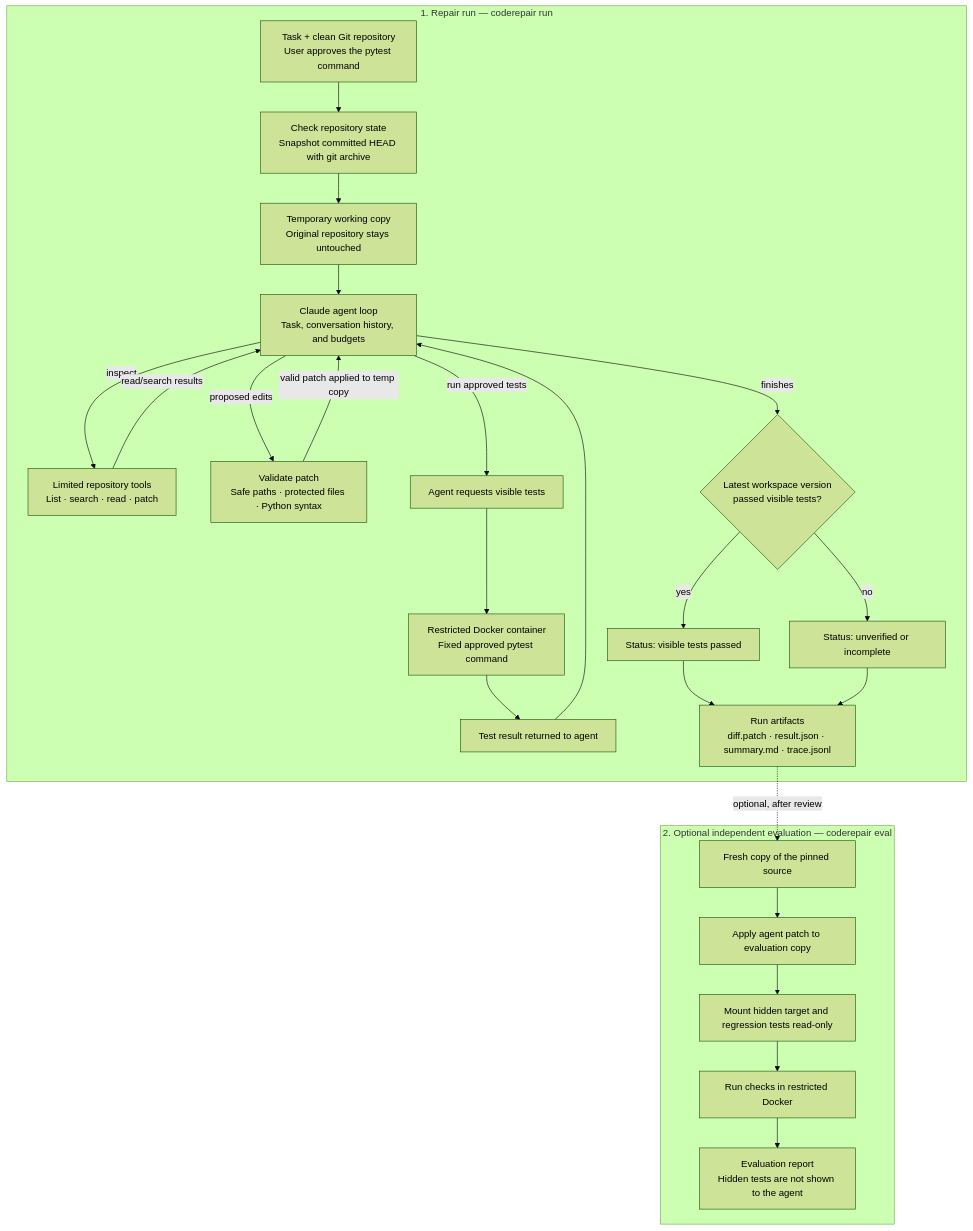
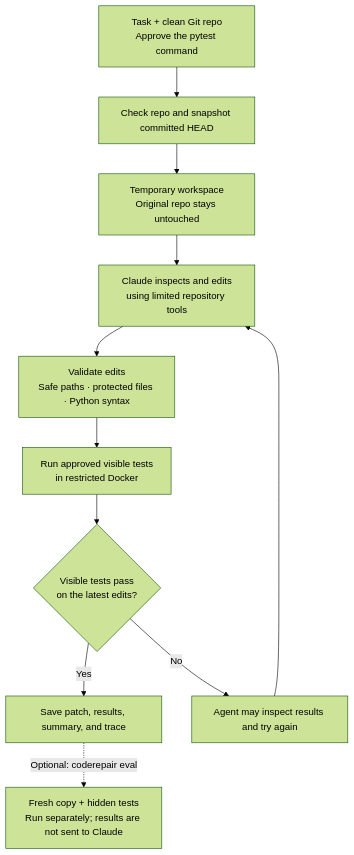
The diagram in README.md (androodo/CodeRepair), drawn with Mermaid (forest theme) before and after one commit.

Commit message:
docs: make architecture diagram more compact

````diff
--- a/README.md
+++ b/README.md
@@ -20,40 +20,15 @@
 ```mermaid
-flowchart TD
-    subgraph RUN["1. Repair run — coderepair run"]
-        INPUT["Task + clean Git repository<br/>User approves the pytest command"]
-        SNAPSHOT["Check repository state<br/>Snapshot committed HEAD with git archive"]
-        COPY["Temporary working copy<br/>Original repository stays untouched"]
-        AGENT["Claude agent loop<br/>Task, conversation history, and budgets"]
-        TOOLS["Limited repository tools<br/>List · search · read · patch"]
-        PATCHCHECK["Validate patch<br/>Safe paths · protected files · Python syntax"]
-        TESTREQ["Agent requests visible tests"]
-        DOCKER["Restricted Docker container<br/>Fixed approved pytest command"]
-        RESULT["Test result returned to agent"]
-        ARTIFACTS["Run artifacts<br/>diff.patch · result.json · summary.md · trace.jsonl"]
-        DONE{"Latest workspace version<br/>passed visible tests?"}
-        STATUS["Status: visible tests passed"]
-        UNVERIFIED["Status: unverified or incomplete"]
+flowchart TB
+    A["Task + clean Git repo<br/>Approve the pytest command"] -->
+    B["Check repo and snapshot committed HEAD"] -->
+    C["Temporary workspace<br/>Original repo stays untouched"] -->
+    D["Claude inspects and edits<br/>using limited repository tools"] -->
+    E["Validate edits<br/>Safe paths · protected files · Python syntax"] -->
+    F["Run approved visible tests<br/>in restricted Docker"] -->
+    G{"Visible tests pass<br/>on the latest edits?"}
+    G -->|"Yes"| H["Save patch, results, summary, and trace"]
+    G -->|"No"| I["Agent may inspect results and try again"]
+    I --> D
 
-        INPUT --> SNAPSHOT --> COPY --> AGENT
-        AGENT -->|"inspect"| TOOLS
-        TOOLS -->|"read/search results"| AGENT
-        AGENT -->|"proposed edits"| PATCHCHECK
-        PATCHCHECK -->|"valid patch applied to temp copy"| AGENT
-        AGENT -->|"run approved tests"| TESTREQ --> DOCKER --> RESULT --> AGENT
-        AGENT -->|"finishes"| DONE
-        DONE -->|"yes"| STATUS --> ARTIFACTS
-        DONE -->|"no"| UNVERIFIED --> ARTIFACTS
-    end
-
-    subgraph EVALUATION["2. Optional independent evaluation — coderepair eval"]
-        FRESHCOPY["Fresh copy of the pinned source"]
-        CANDIDATE["Apply agent patch to evaluation copy"]
-        HIDDEN["Mount hidden target and regression tests read-only"]
-        EVALDOCKER["Run checks in restricted Docker"]
-        EVALREPORT["Evaluation report<br/>Hidden tests are not shown to the agent"]
-
-        FRESHCOPY --> CANDIDATE --> HIDDEN --> EVALDOCKER --> EVALREPORT
-    end
-
-    ARTIFACTS -. "optional, after review" .-> FRESHCOPY
+    H -. "Optional: coderepair eval" .-> J["Fresh copy + hidden tests<br/>Run separately; results are not sent to Claude"]
 ```
````
